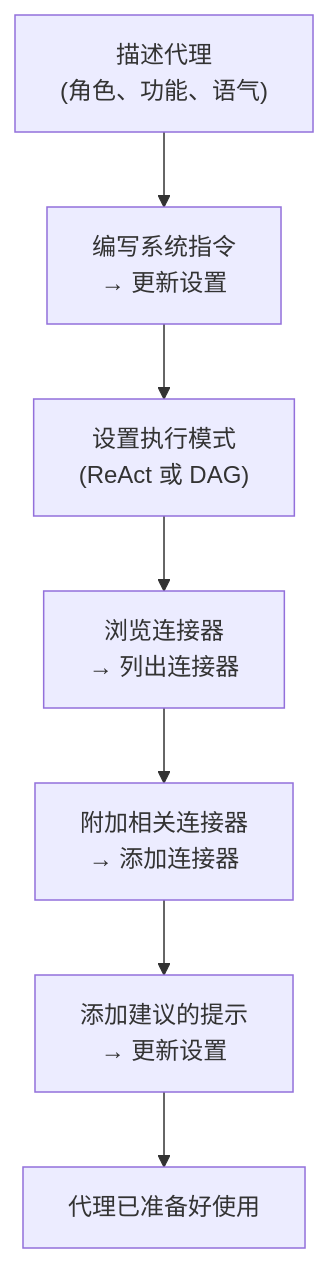
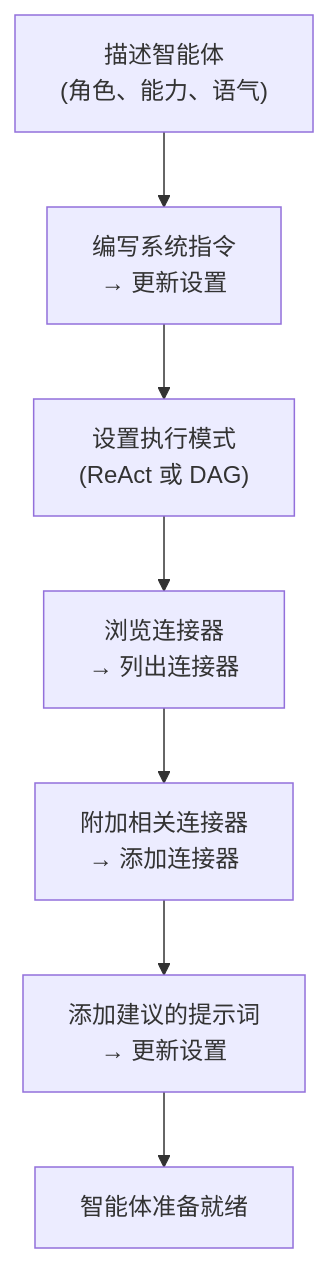
The second of 2 diagrams in docs/zh/concepts/ai-builder.mdx (lucky20160622/fim-one), drawn with Mermaid before and after one commit. The commit also changed other lines of this file and 141 other files, not shown here.

````diff
--- a/docs/zh/concepts/ai-builder.mdx
+++ b/docs/zh/concepts/ai-builder.mdx
@@ -62,10 +78,10 @@
 ```mermaid
 flowchart TD
-  A["描述代理<br/>(角色、功能、语气)"]
+  A["描述智能体<br/>(角色、能力、语气)"]
   A --> B["编写系统指令<br/>→ 更新设置"]
   B --> C["设置执行模式<br/>(ReAct 或 DAG)"]
   C --> D["浏览连接器<br/>→ 列出连接器"]
   D --> E["附加相关连接器<br/>→ 添加连接器"]
-  E --> F["添加建议的提示<br/>→ 更新设置"]
-  F --> G["代理已准备好使用"]
+  E --> F["添加建议的提示词<br/>→ 更新设置"]
+  F --> G["智能体准备就绪"]
 ```
````
